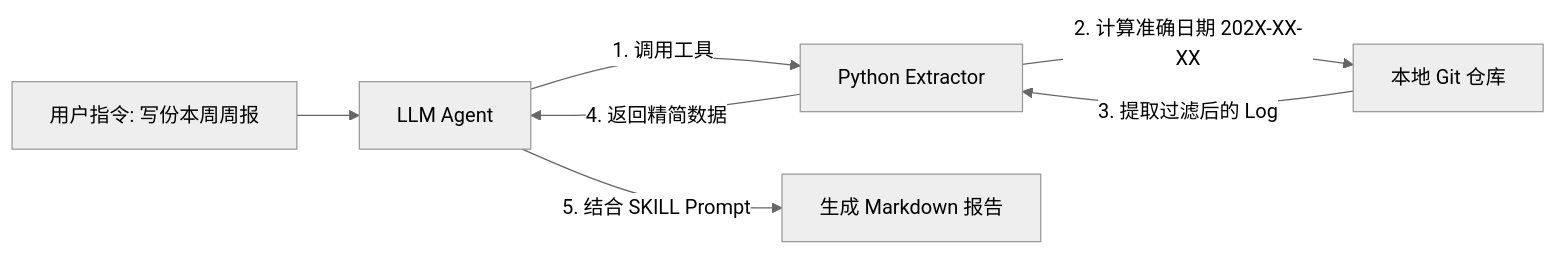
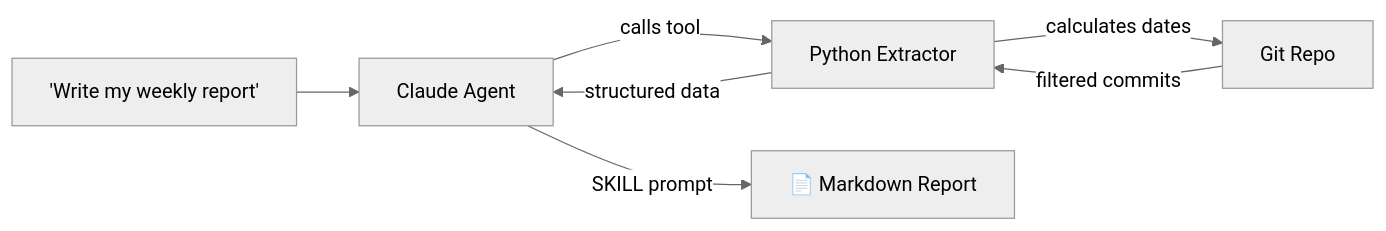
One commit to wqvbjhc/CommitNarrator changed the diagram in README.md. Above: the diagram before and after it, drawn with Mermaid (neutral theme). The commit also changed other lines of this file and 6 other files, not shown here.

````diff
--- a/README.md
+++ b/README.md
@@ -24,9 +133,9 @@
 ```mermaid
 graph LR
-    User[用户指令: 写份本周周报] --> Agent[LLM Agent]
-    Agent -- 1. 调用工具 --> Tool[Python Extractor]
-    Tool -- 2. 计算准确日期 202X-XX-XX --> Git[本地 Git 仓库]
-    Git -- 3. 提取过滤后的 Log --> Tool
-    Tool -- 4. 返回精简数据 --> Agent
-    Agent -- 5. 结合 SKILL Prompt --> Report[生成 Markdown 报告]
+    User["'Write my weekly report'"] --> Agent[Claude Agent]
+    Agent -- "calls tool" --> Py[Python Extractor]
+    Py -- "calculates dates" --> Git[Git Repo]
+    Git -- "filtered commits" --> Py
+    Py -- "structured data" --> Agent
+    Agent -- "SKILL prompt" --> Report["📄 Markdown Report"]
 ```
````
